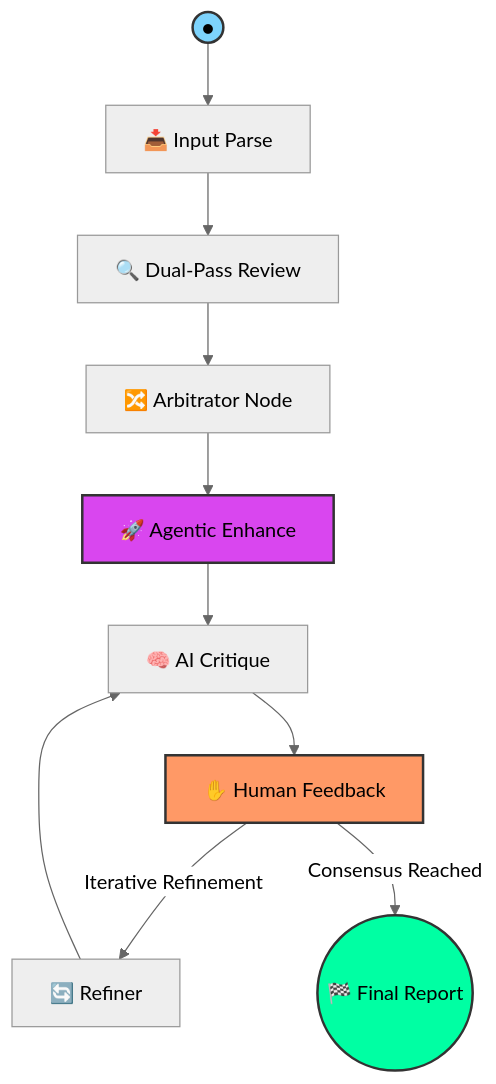
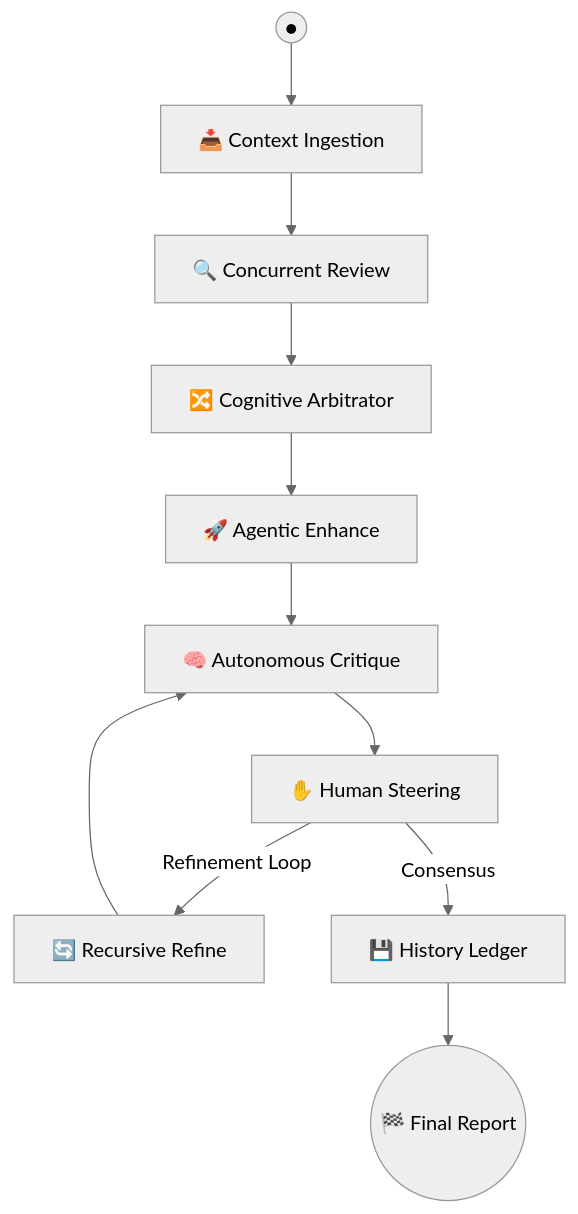
Before and after one commit to naveensingh-dev/GitMind: the diagram in README.md, drawn with Mermaid (neutral theme). The commit also changed other lines of this file and 9 other files, not shown here.

Commit message:
feat: cognitive sentinel manifest & autonomous orchestration blueprint

````diff
--- a/README.md
+++ b/README.md
@@ -32,19 +43,15 @@
 ```mermaid
 graph TD
-    Start((●)) --> Input[📥 Input Parse]
-    Input --> DP[🔍 Dual-Pass Review]
-    DP --> Arb[🔀 Arbitrator Node]
-    Arb --> Enh[🚀 Agentic Enhance]
-    Enh --> Critique[🧠 AI Critique]
-    Critique --> HITL[✋ Human Feedback]
+    Start((●)) --> Ingest[📥 Context Ingestion]
+    Ingest --> DP[🔍 Concurrent Review]
+    DP --> Arb[🔀 Cognitive Arbitrator]
+    Arb --> Enhance[🚀 Agentic Enhance]
+    Enhance --> Critique[🧠 Autonomous Critique]
+    Critique --> HITL[✋ Human Steering]
     
-    HITL -- "Iterative Refinement" --> Refine[🔄 Refiner]
-    Refine --> Critique
+    HITL -- "Refinement Loop" --> Refiner[🔄 Recursive Refine]
+    Refiner --> Critique
     
-    HITL -- "Consensus Reached" --> End((🏁 Final Report))
-    
-    style HITL fill:#f96,stroke:#333,stroke-width:2px,color:#000
-    style End fill:#00ffa3,stroke:#333,stroke-width:2px,color:#000
-    style Start fill:#7dd3fc,stroke:#333,stroke-width:2px,color:#000
-    style Enh fill:#d946ef,stroke:#333,stroke-width:2px,color:#000
+    HITL -- "Consensus" --> Save[💾 History Ledger]
+    Save --> End((🏁 Final Report))
 ```
````
